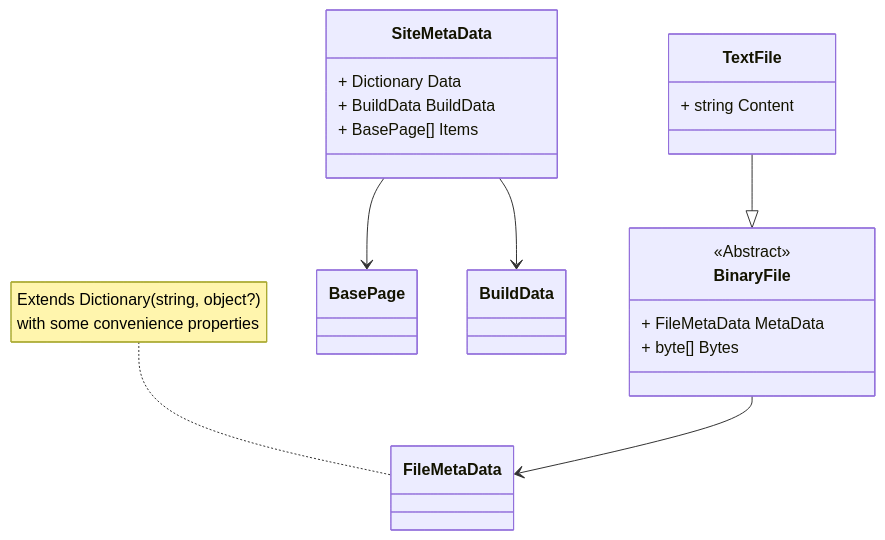
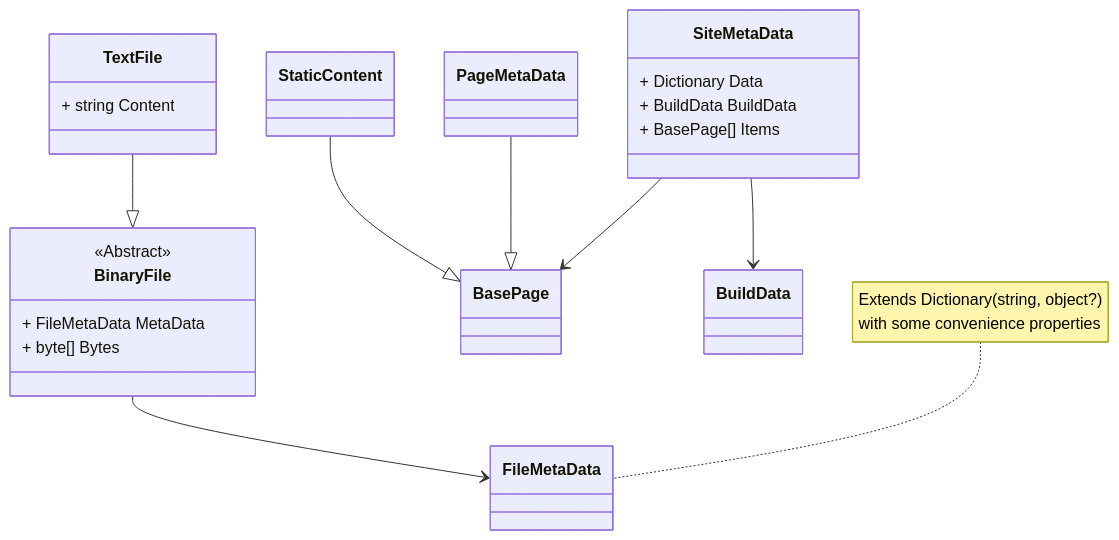
Before and after one commit to kaylumah/hosting: the diagram in README.md, drawn with Mermaid.

````diff
--- a/README.md
+++ b/README.md
@@ -26,36 +26,44 @@
 ```mermaid
 classDiagram
 
     class BinaryFile{
         + FileMetaData MetaData
         + byte[] Bytes
     }
     <<Abstract>> BinaryFile
 
     class TextFile{
         + string Content
     }
 
     class FileMetaData{
     }
 
     class BasePage {
     }
 
+    class PageMetaData {
+    }
+
+    class StaticContent {
+    }
+
     class SiteMetaData {
         + Dictionary Data
         + BuildData BuildData
         + BasePage[] Items
     }
 
     class BuildData {
     }
 
     BinaryFile --> FileMetaData
     TextFile --|> BinaryFile
     SiteMetaData --> BasePage
     SiteMetaData --> BuildData
+    PageMetaData --|> BasePage
+    StaticContent --|> BasePage
 
     note for FileMetaData "Extends Dictionary(string, object?) 
     with some convenience properties"
 ```
````
